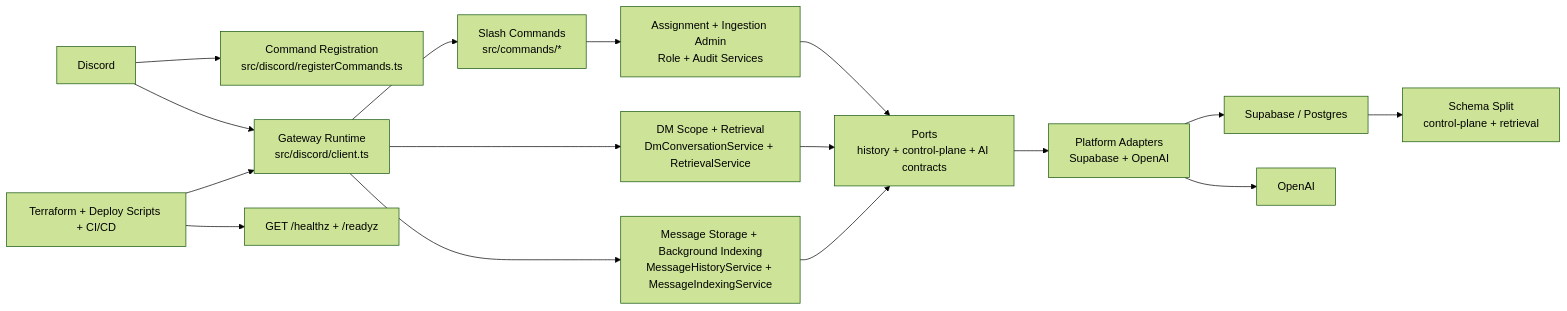
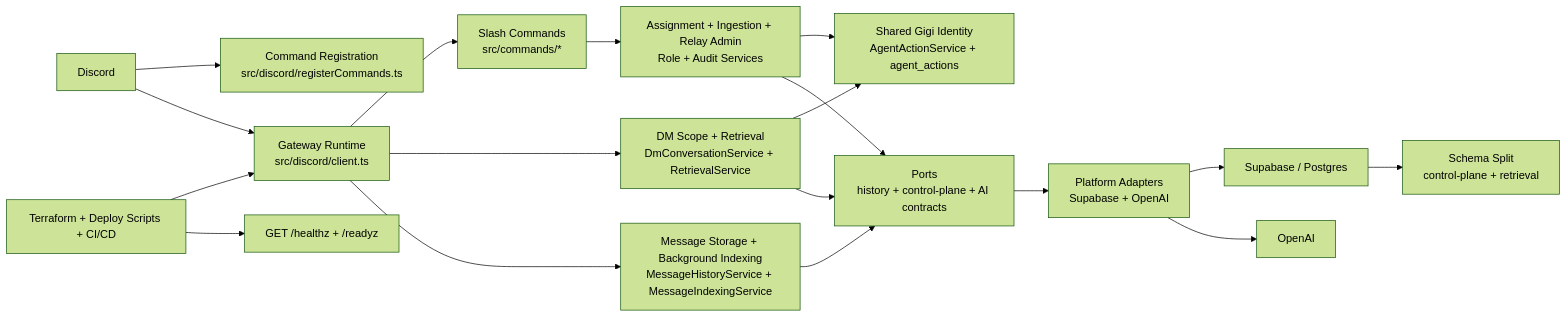
Before and after one commit to gOps132/GigiDC: the diagram in docs/diagrams/system-overview.md, drawn with Mermaid (forest theme). The commit also changed other lines of this file and 26 other files, not shown here.

Commit message:
feat: add shared identity action memory

````diff
--- a/docs/diagrams/system-overview.md
+++ b/docs/diagrams/system-overview.md
@@ -5,32 +5,35 @@
 ```mermaid
 flowchart LR
   Discord["Discord"]
   Register["Command Registration<br/>src/discord/registerCommands.ts"]
   Gateway["Gateway Runtime<br/>src/discord/client.ts"]
   Commands["Slash Commands<br/>src/commands/*"]
   DMFlow["DM Scope + Retrieval<br/>DmConversationService + RetrievalService"]
   History["Message Storage + Background Indexing<br/>MessageHistoryService + MessageIndexingService"]
-  Admin["Assignment + Ingestion Admin<br/>Role + Audit Services"]
+  SharedIdentity["Shared Gigi Identity<br/>AgentActionService + agent_actions"]
+  Admin["Assignment + Ingestion + Relay Admin<br/>Role + Audit Services"]
   Ports["Ports<br/>history + control-plane + AI contracts"]
   Adapters["Platform Adapters<br/>Supabase + OpenAI"]
   DB["Supabase / Postgres"]
   Schema["Schema Split<br/>control-plane + retrieval"]
   Ops["Terraform + Deploy Scripts + CI/CD"]
   Health["GET /healthz + /readyz"]
 
   Discord --> Register
   Discord --> Gateway
   Gateway --> Commands
   Gateway --> DMFlow
   Gateway --> History
+  DMFlow --> SharedIdentity
   Commands --> Admin
+  Admin --> SharedIdentity
   Admin --> Ports
   DMFlow --> Ports
   History --> Ports
   Ports --> Adapters
   Adapters --> DB
   Adapters --> OpenAI["OpenAI"]
   DB --> Schema
   Ops --> Gateway
   Ops --> Health
 ```
````
